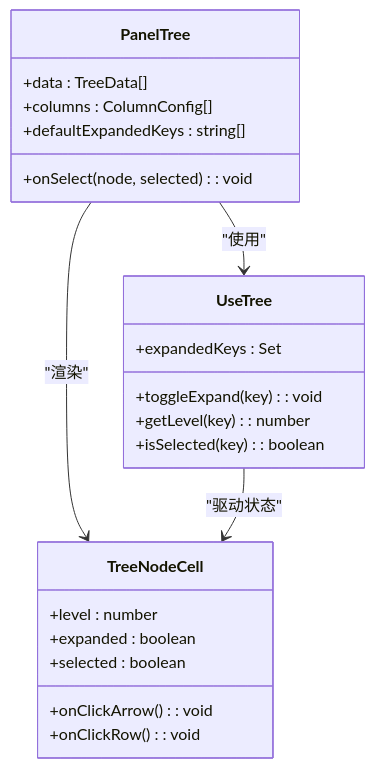
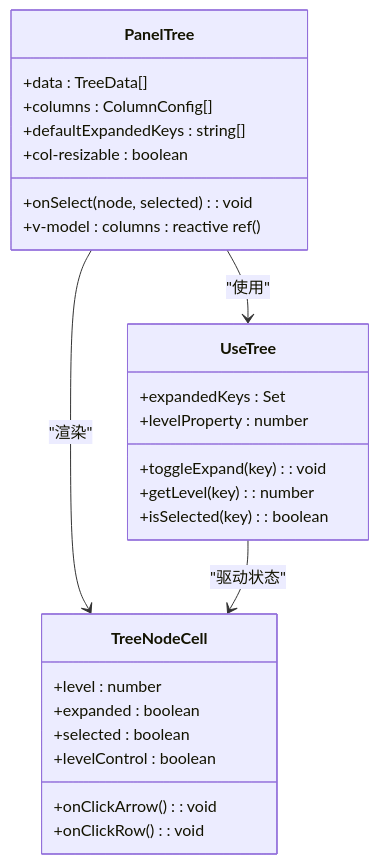
One commit to ja-plus/stk-table-vue changed the third of 5 diagrams in .qoder/repowiki/zh/content/示例演示/面板树示例.md. Above: the diagram before and after it, drawn with Mermaid. The commit also changed other lines of this file and 19 other files, not shown here.

````diff
--- a/.qoder/repowiki/zh/content/示例演示/面板树示例.md
+++ b/.qoder/repowiki/zh/content/示例演示/面板树示例.md
@@ -135,25 +193,29 @@
 ```mermaid
 classDiagram
 class PanelTree {
 +data : TreeData[]
 +columns : ColumnConfig[]
 +defaultExpandedKeys : string[]
 +onSelect(node, selected) : void
++v-model : columns : reactive ref()
++col-resizable : boolean
 }
 class UseTree {
 +expandedKeys : Set<string>
 +toggleExpand(key) : void
 +getLevel(key) : number
 +isSelected(key) : boolean
++levelProperty : number
 }
 class TreeNodeCell {
 +level : number
 +expanded : boolean
 +selected : boolean
 +onClickArrow() : void
 +onClickRow() : void
++levelControl : boolean
 }
 PanelTree --> UseTree : "使用"
 PanelTree --> TreeNodeCell : "渲染"
 UseTree --> TreeNodeCell : "驱动状态"
 ```
````
